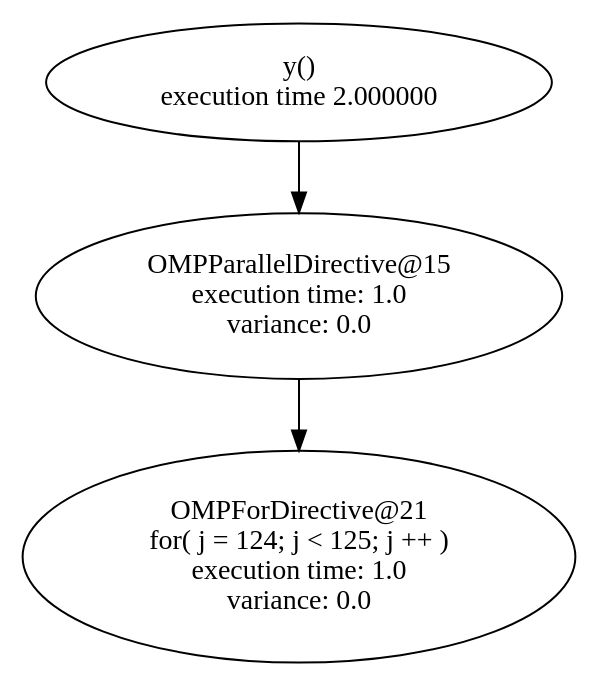
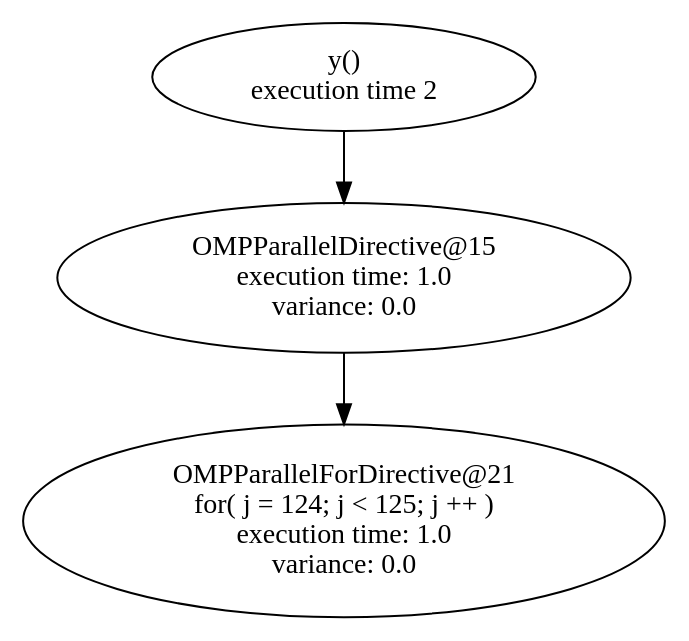
The diagram in graph_sched/graphs/y_flow.dot (filippobrizzi/soma), drawn with Graphviz before and after one commit. The commit also changed 36 other files, not shown here.

```diff
--- a/graph_sched/graphs/y_flow.dot
+++ b/graph_sched/graphs/y_flow.dot
@@ -1,21 +1,21 @@
 digraph G {
-	graph [bb="0,0,236,322"];
+	graph [bb="0,0,270,298"];
 	node [label="\N"];
-	9	 [height=0.8171,
-		label="y()\nexecution time 2.000000",
-		pos="118,292",
+	9	 [height=0.74639,
+		label="y()\nexecution time 2",
+		pos="135,271",
 		root=9,
-		width=3.0342];
-	15	 [height=1.1471,
+		width=2.1972];
+	15	 [height=1.041,
 		label="OMPParallelDirective@15\nexecution time: 1.0\nvariance: 0.0",
-		pos="118,184",
+		pos="135,170",
 		root=9,
-		width=3.2896];
-	9 -> 15	 [pos="e,118,225.65 118,262.31 118,254.12 118,244.93 118,235.83"];
-	21	 [height=1.4771,
-		label="OMPForDirective@21\nfor( j = 124; j < 125; j ++ )\nexecution time: 1.0\nvariance: 0.0",
-		pos="118,53",
+		width=3.346];
+	9 -> 15	 [pos="e,135,207.63 135,243.99 135,235.91 135,226.75 135,217.72"];
+	21	 [height=1.3356,
+		label="OMPParallelForDirective@21\nfor( j = 124; j < 125; j ++ )\nexecution time: 1.0\nvariance: 0.0",
+		pos="135,48",
 		root=9,
-		width=3.257];
-	15 -> 21	 [pos="e,118,106.64 118,142.54 118,134.36 118,125.58 118,116.84"];
+		width=3.7606];
+	15 -> 21	 [pos="e,135,96.503 135,132.34 135,124.22 135,115.42 135,106.68"];
 }
```
